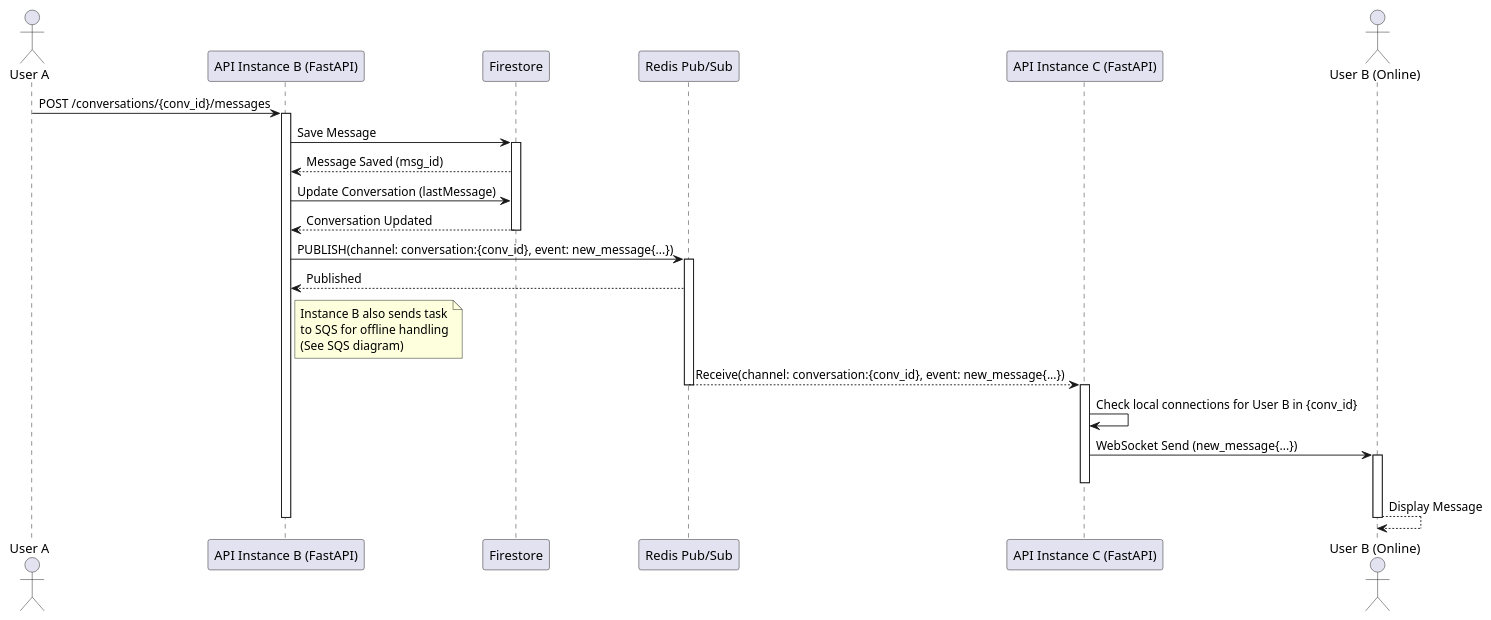
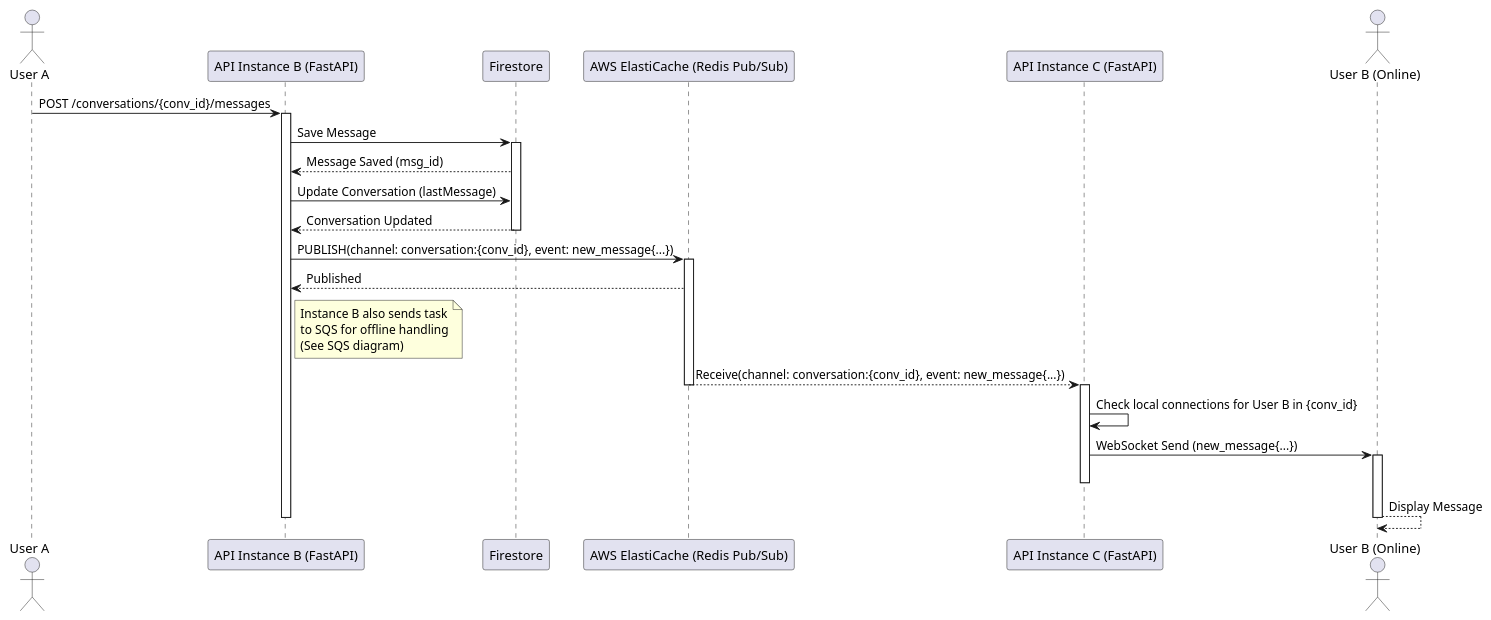
One commit to Software-Architecture-HCMUT-242/zalo-phake changed the diagram in chat_management/docs/new_message_flow.puml. Above: the diagram before and after it, drawn with PlantUML. The commit also changed 4 other files, not shown here.

Commit message:
Replace Redis with AWS ElastiCache for message distribution; update error handling and fallback mechanisms; revise documentation to reflect changes in architecture

```diff
--- a/chat_management/docs/new_message_flow.puml
+++ b/chat_management/docs/new_message_flow.puml
@@ -1,39 +1,39 @@
 @startuml New Message Flow (Online Recipient)
 actor "User A" as UserA
 participant "API Instance B (FastAPI)" as InstB
 participant "Firestore" as FS
-participant "Redis Pub/Sub" as Redis
+participant "AWS ElastiCache (Redis Pub/Sub)" as ElastiCache
 participant "API Instance C (FastAPI)" as InstC
 actor "User B (Online)" as UserB
 
 UserA -> InstB : POST /conversations/{conv_id}/messages
 activate InstB
 InstB -> FS : Save Message
 activate FS
 FS --> InstB : Message Saved (msg_id)
 InstB -> FS : Update Conversation (lastMessage)
 FS --> InstB : Conversation Updated
 deactivate FS
 
-InstB -> Redis : PUBLISH(channel: conversation:{conv_id}, event: new_message{...})
-activate Redis
-Redis --> InstB : Published
+InstB -> ElastiCache : PUBLISH(channel: conversation:{conv_id}, event: new_message{...})
+activate ElastiCache
+ElastiCache --> InstB : Published
 
 note right of InstB
   Instance B also sends task
   to SQS for offline handling
   (See SQS diagram)
 end note
 
-Redis --> InstC : Receive(channel: conversation:{conv_id}, event: new_message{...})
-deactivate Redis
+ElastiCache --> InstC : Receive(channel: conversation:{conv_id}, event: new_message{...})
+deactivate ElastiCache
 activate InstC
 InstC -> InstC : Check local connections for User B in {conv_id}
 InstC -> UserB : WebSocket Send (new_message{...})
 activate UserB
 deactivate InstC
 UserB --> UserB : Display Message
 deactivate UserB
 deactivate InstB
 
 @enduml
```
